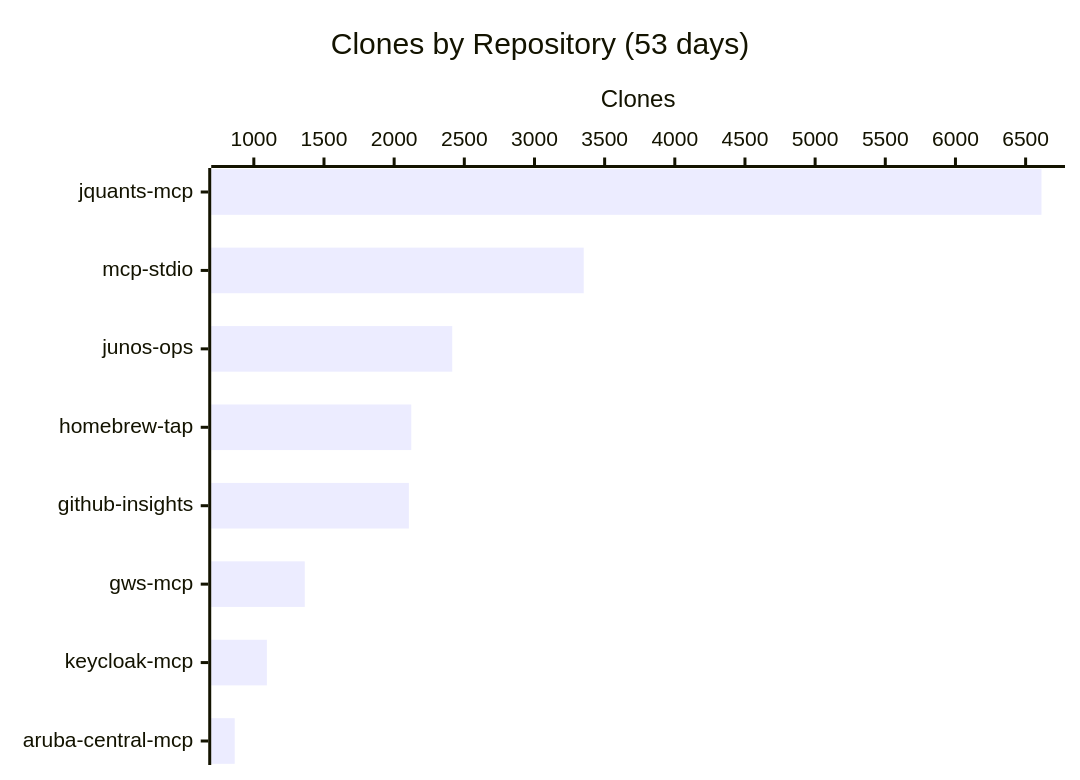
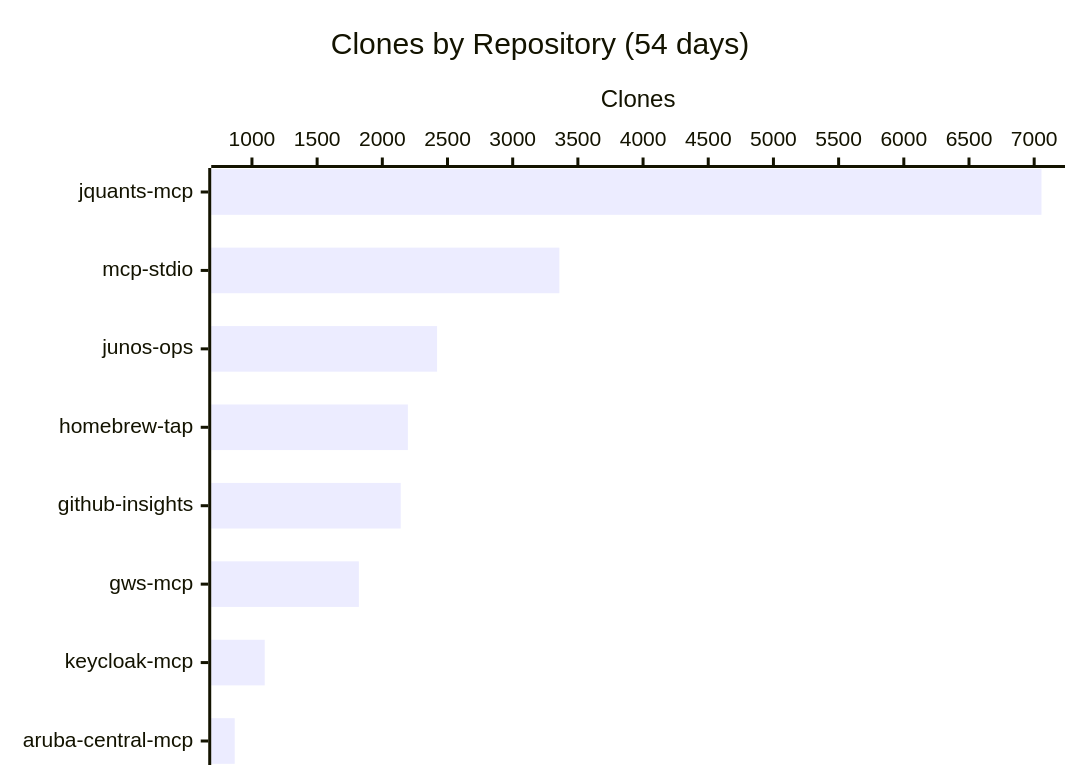
Before and after one commit to shigechika/github-insights: the third of 3 diagrams in README.md, drawn with Mermaid. The commit also changed other lines of this file and 2 other files, not shown here.

````diff
--- a/README.md
+++ b/README.md
@@ -38,7 +38,7 @@
 ```mermaid
 xychart-beta horizontal
-    title "Clones by Repository (53 days)"
+    title "Clones by Repository (54 days)"
     x-axis ["jquants-mcp", "mcp-stdio", "junos-ops", "homebrew-tap", "github-insights", "gws-mcp", "keycloak-mcp", "aruba-central-mcp"]
     y-axis "Clones"
-    bar [6613, 3351, 2414, 2122, 2105, 1363, 1093, 864]
+    bar [7056, 3358, 2420, 2196, 2141, 1820, 1098, 868]
 ```
````
